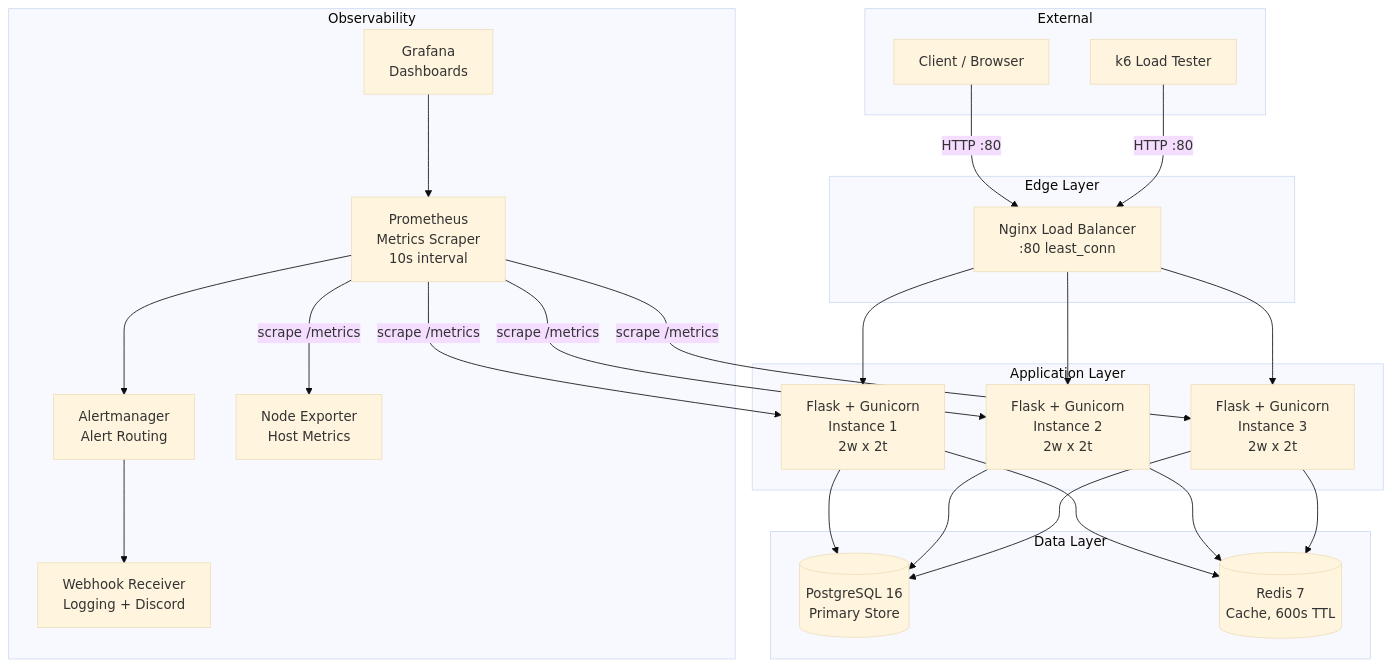
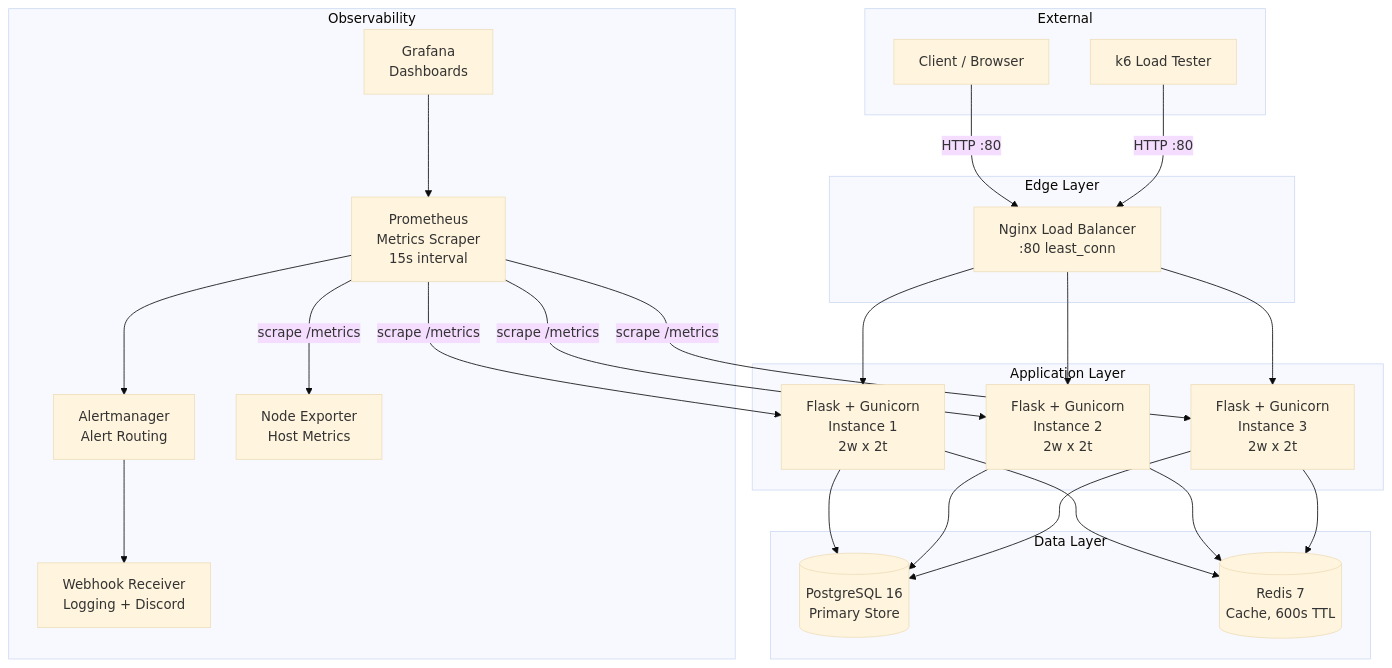
Before and after one commit to ElijahUmana/pe-hackathon: the first of 2 diagrams in docs/architecture.md, drawn with Mermaid (base theme). The commit also changed other lines of this file and 9 other files, not shown here.

````diff
--- a/docs/architecture.md
+++ b/docs/architecture.md
@@ -5,51 +5,51 @@
 ```mermaid
 graph TB
     subgraph "External"
         Client[Client / Browser]
         K6[k6 Load Tester]
     end
 
     subgraph "Edge Layer"
         Nginx[Nginx Load Balancer<br/>:80 least_conn]
     end
 
     subgraph "Application Layer"
         App1[Flask + Gunicorn<br/>Instance 1<br/>2w x 2t]
         App2[Flask + Gunicorn<br/>Instance 2<br/>2w x 2t]
         App3[Flask + Gunicorn<br/>Instance 3<br/>2w x 2t]
     end
 
     subgraph "Data Layer"
         PG[(PostgreSQL 16<br/>Primary Store)]
         Redis[(Redis 7<br/>Cache, 600s TTL)]
     end
 
     subgraph "Observability"
-        Prom[Prometheus<br/>Metrics Scraper<br/>10s interval]
+        Prom[Prometheus<br/>Metrics Scraper<br/>15s interval]
         Grafana[Grafana<br/>Dashboards]
         AM[Alertmanager<br/>Alert Routing]
         NE[Node Exporter<br/>Host Metrics]
         WH[Webhook Receiver<br/>Logging + Discord]
     end
 
     Client -->|HTTP :80| Nginx
     K6 -->|HTTP :80| Nginx
     Nginx --> App1
     Nginx --> App2
     Nginx --> App3
 
     App1 --> PG
     App2 --> PG
     App3 --> PG
     App1 --> Redis
     App2 --> Redis
     App3 --> Redis
 
     Prom -->|scrape /metrics| App1
     Prom -->|scrape /metrics| App2
     Prom -->|scrape /metrics| App3
     Prom -->|scrape /metrics| NE
     Prom --> AM
     AM --> WH
     Grafana --> Prom
 ```
````
